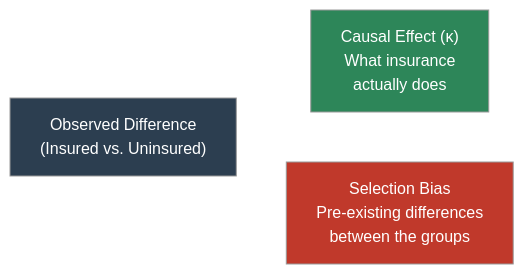
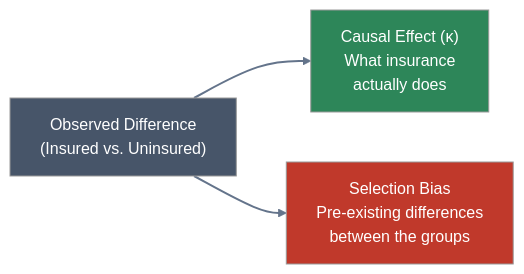
One commit to cmg777/intro2causal changed the second of 6 diagrams in book/notebooks_quarto/01-randomized-trials.qmd. Above: the diagram before and after it, drawn with Mermaid (neutral theme). The commit also changed other lines of this file and 5 other files, not shown here.

First line of the commit message:
Fix mermaid diagram colors for dark/light theme visibility

````diff
--- a/book/notebooks_quarto/01-randomized-trials.qmd
+++ b/book/notebooks_quarto/01-randomized-trials.qmd
@@ -205,12 +205,12 @@
 ```{mermaid}
 %%| label: fig-decomposition
 %%| fig-cap: "The observed comparison bundles together the causal effect and selection bias. We need tools to separate them."
 
 graph LR
     A["Observed Difference<br/>(Insured vs. Uninsured)"] --> B["Causal Effect (κ)<br/>What insurance<br/>actually does"]
     A --> C["Selection Bias<br/>Pre-existing differences<br/>between the groups"]
     style B fill:#2d8659,color:#fff
     style C fill:#c0392b,color:#fff
-    style A fill:#2c3e50,color:#fff
-    linkStyle default stroke:#fff,stroke-width:2px
+    style A fill:#475569,color:#fff
+    linkStyle default stroke:#64748b,stroke-width:2px
 ```
````
